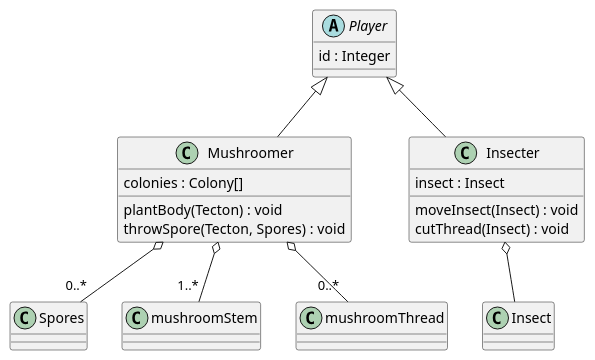
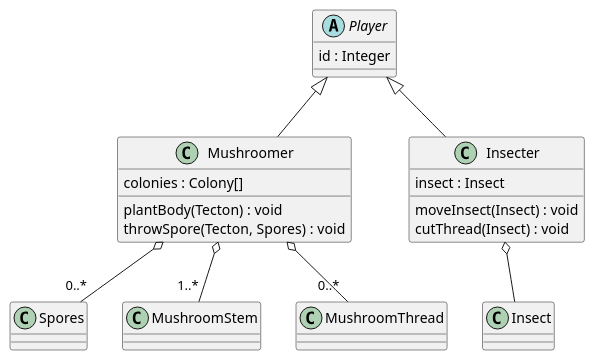
The diagram in 3/classes/player.puml (Petya-G/fungorium), drawn with PlantUML before and after one commit. The commit also changed 6 other files, not shown here.

```diff
--- a/3/classes/player.puml
+++ b/3/classes/player.puml
@@ -1,23 +1,23 @@
 @startuml player
 abstract class Player{
     id : Integer
 }
 
 Player <|-- Mushroomer
 Mushroomer o-- "0..*" Spores
-Mushroomer o-- "1..*" mushroomStem
-Mushroomer o-- "0..*" mushroomThread
+Mushroomer o-- "1..*" MushroomStem
+Mushroomer o-- "0..*" MushroomThread
 class Mushroomer{
     colonies : Colony[]
     plantBody(Tecton) : void
     throwSpore(Tecton, Spores) : void
 }
 
 Player <|-- Insecter
 Insecter o-- Insect
 class Insecter{
     insect : Insect
     moveInsect(Insect) : void
     cutThread(Insect) : void
 }
 @enduml
```
